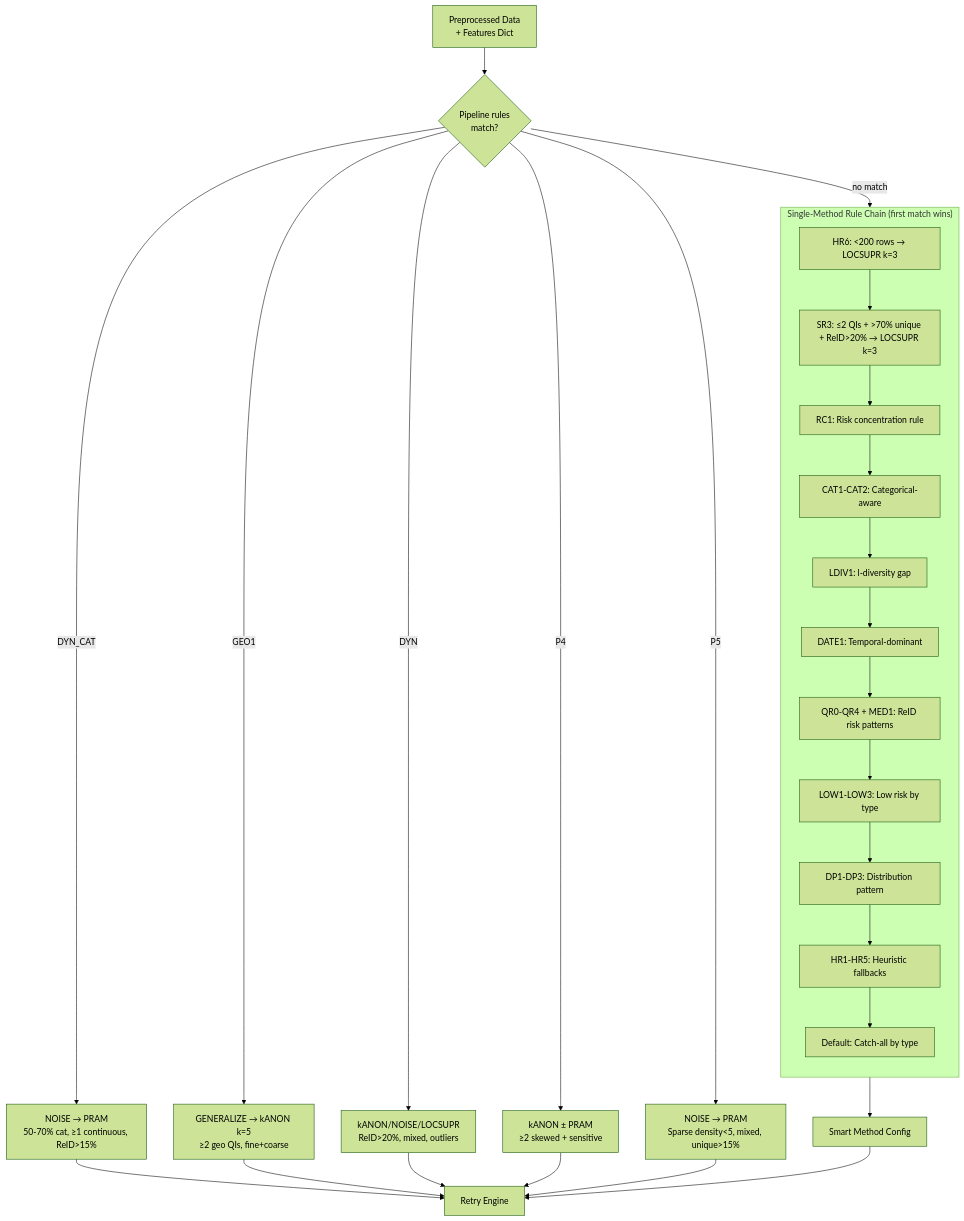
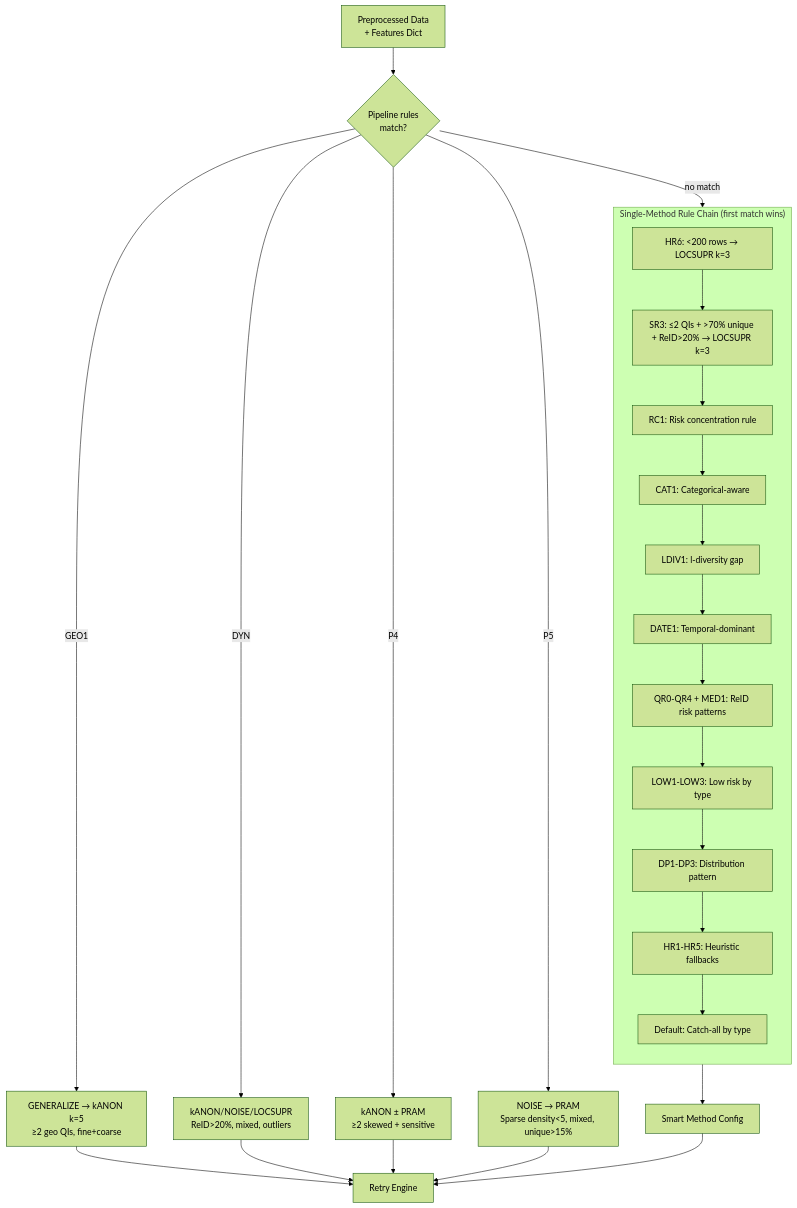
Before and after one commit to emantzoo/sdc_engine: the sixth of 9 diagrams in docs/smart_rules_complete.md, drawn with Mermaid (forest theme). The commit also changed other lines of this file and 12 other files, not shown here.

First line of the commit message:
feat: delete DYN_CAT and CAT2 — self-contradictory rules (Spec 19 Phase 2)

````diff
--- a/docs/smart_rules_complete.md
+++ b/docs/smart_rules_complete.md
@@ -413,37 +413,35 @@
 ```mermaid
 flowchart TD
     START[Preprocessed Data<br/>+ Features Dict] --> PIPE{Pipeline rules<br/>match?}
     
-    PIPE -->|DYN_CAT| PIPE_DYN_CAT["NOISE → PRAM<br/>50-70% cat, ≥1 continuous, ReID>15%"]
     PIPE -->|GEO1| PIPE_GEO["GENERALIZE → kANON k=5<br/>≥2 geo QIs, fine+coarse"]
     PIPE -->|DYN| PIPE_DYN["kANON/NOISE/LOCSUPR<br/>ReID>20%, mixed, outliers"]
     PIPE -->|P4| PIPE_P4["kANON ± PRAM<br/>≥2 skewed + sensitive"]
     PIPE -->|P5| PIPE_P5["NOISE → PRAM<br/>Sparse density<5, mixed, unique>15%"]
     PIPE -->|no match| RULES
-    
-    PIPE_DYN_CAT --> ENGINE[Retry Engine]
-    PIPE_GEO --> ENGINE
+
+    PIPE_GEO --> ENGINE[Retry Engine]
     PIPE_DYN --> ENGINE
     PIPE_P4 --> ENGINE
     PIPE_P5 --> ENGINE
     
     subgraph RULES["Single-Method Rule Chain (first match wins)"]
         direction TB
         R_HR6["HR6: <200 rows → LOCSUPR k=3"]
         R_SR["SR3: ≤2 QIs + >70% unique + ReID>20% → LOCSUPR k=3"]
         R_RC["RC1: Risk concentration rule"]
-        R_CAT["CAT1-CAT2: Categorical-aware"]
+        R_CAT["CAT1: Categorical-aware"]
         R_LDIV["LDIV1: l-diversity gap"]
         R_DATE["DATE1: Temporal-dominant"]
         R_QR["QR0-QR4 + MED1: ReID risk patterns"]
         R_LOW["LOW1-LOW3: Low risk by type"]
         R_DP["DP1-DP3: Distribution pattern"]
         R_HR["HR1-HR5: Heuristic fallbacks"]
         R_DEF["Default: Catch-all by type"]
         
         R_HR6 --> R_SR --> R_RC --> R_CAT --> R_LDIV --> R_DATE --> R_QR --> R_LOW --> R_DP --> R_HR --> R_DEF
     end
     
     RULES --> SMART[Smart Method Config]
     SMART --> ENGINE
 ```
````
